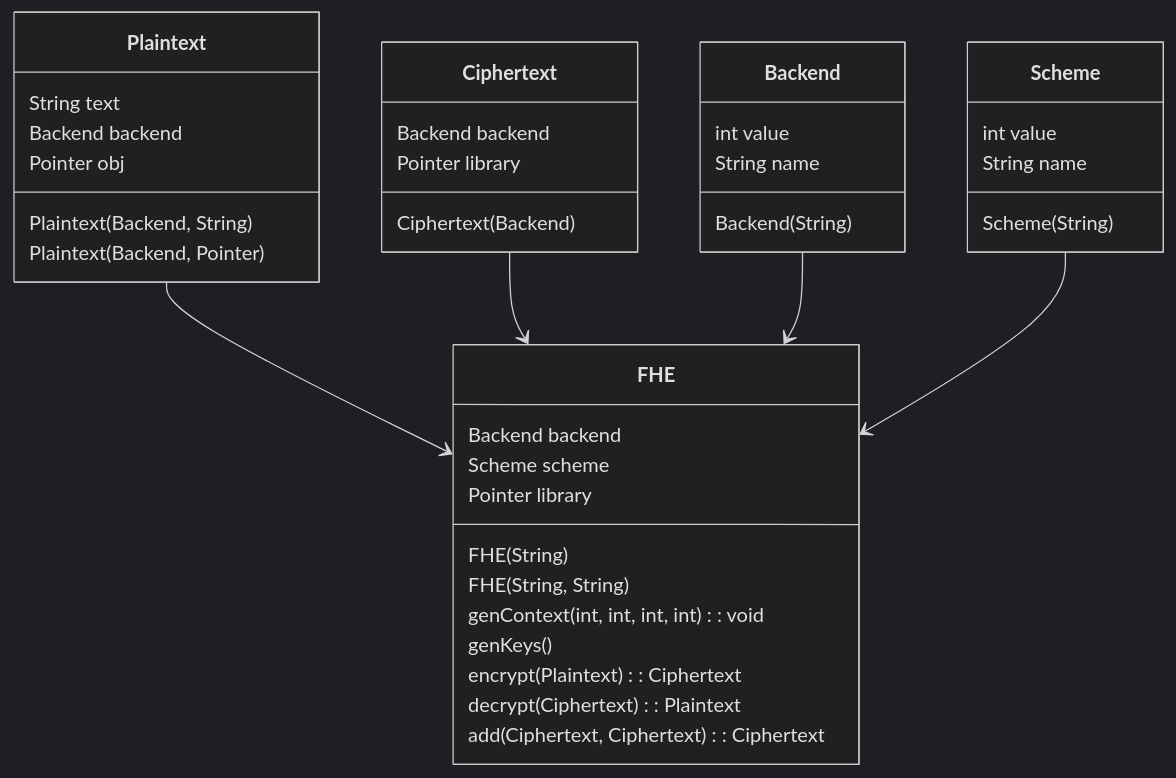
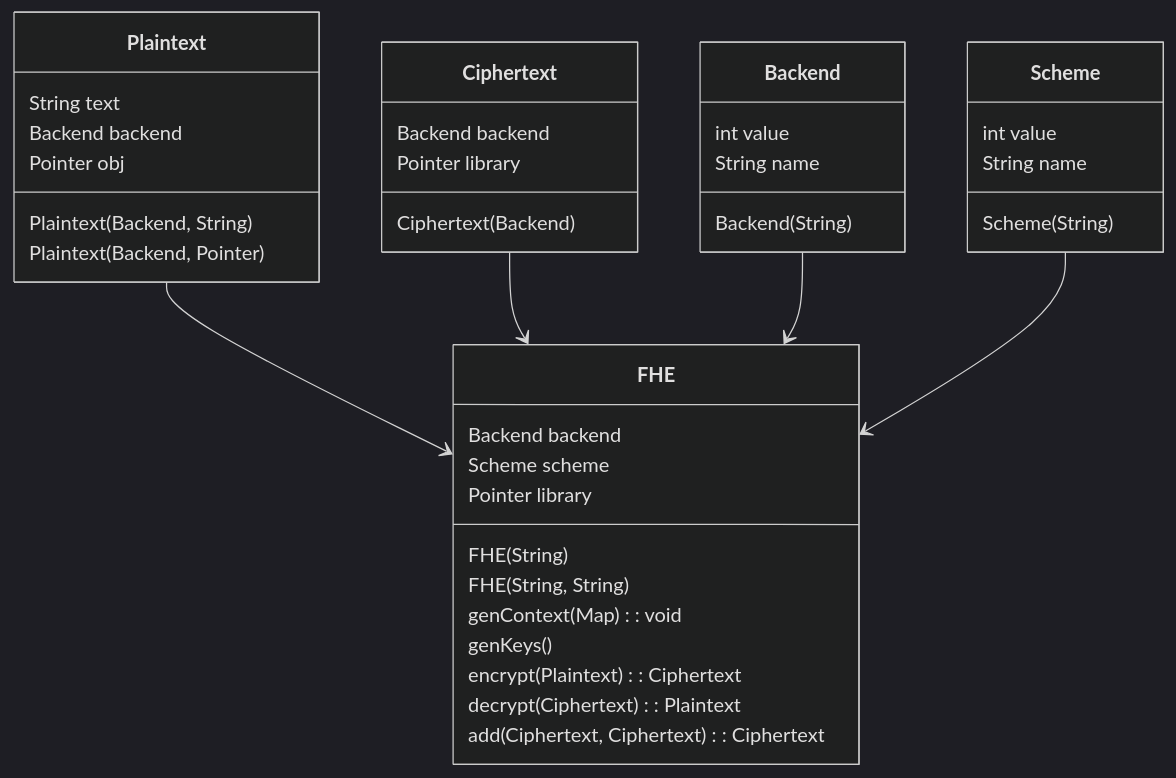
The diagram in dart/README.md (jeffmur/fhel), drawn with Mermaid (dark theme) before and after one commit.

Commit message:
Update dart genContext param

````diff
--- a/dart/README.md
+++ b/dart/README.md
@@ -5,55 +5,55 @@
 ```mermaid
 
 classDiagram
     class Plaintext {
         String text
         Backend backend
         Pointer obj
 
         Plaintext(Backend, String)
         Plaintext(Backend, Pointer)
     }
 
     class Ciphertext {
         Backend backend
         Pointer library
 
         Ciphertext(Backend)
     }
 
     class Backend {
         int value
         String name
         
         Backend(String)
     }
 
     class Scheme {
         int value
         String name
 
         Scheme(String)
     }
 
     Plaintext --> FHE
     Ciphertext --> FHE
     Backend --> FHE
     Scheme --> FHE
 
     class FHE {
         Backend backend
         Scheme scheme
         Pointer library
 
         FHE(String)
 
         FHE(String, String)
 
-        genContext(int, int, int, int): void
+        genContext(Map): void
         genKeys()
         encrypt(Plaintext): Ciphertext
         decrypt(Ciphertext): Plaintext
         add(Ciphertext, Ciphertext): Ciphertext
     }
 
 ```
````
